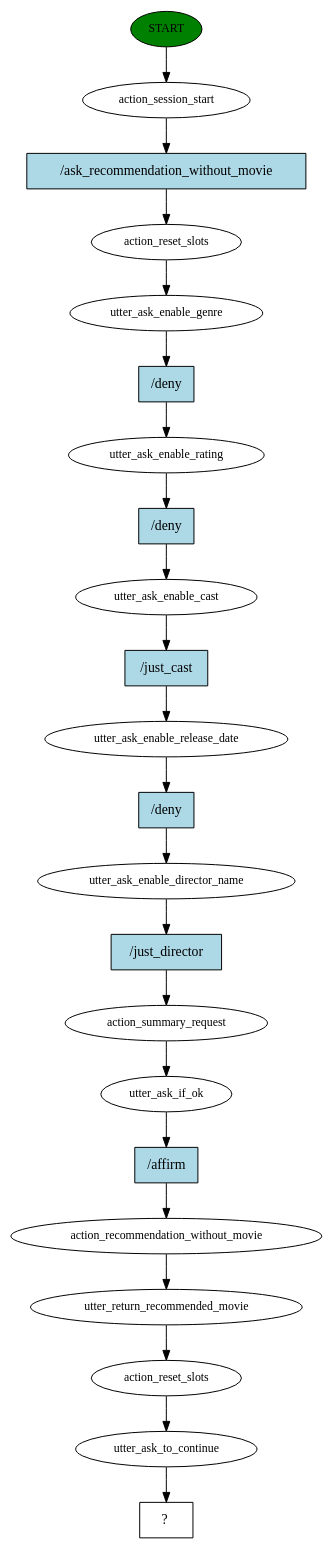
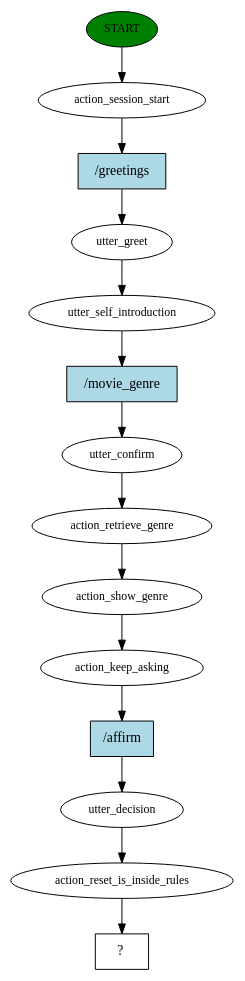
The diagram in story_graph.dot (Bru0x11/Human_Machine_Dialogue-Rasa), drawn with Graphviz before and after one commit. The commit also changed 45 other files, not shown here.

```diff
--- a/story_graph.dot
+++ b/story_graph.dot
@@ -1,45 +1,29 @@
 digraph  {
 0 [class="start active", fillcolor=green, fontsize=12, label=START, style=filled];
 1 [class=active, fontsize=12, label=action_session_start];
-2 [class=active, fontsize=12, label=action_reset_slots];
-3 [class=active, fontsize=12, label=utter_ask_enable_genre];
-4 [class=active, fontsize=12, label=utter_ask_enable_rating];
-5 [class=active, fontsize=12, label=utter_ask_enable_cast];
-6 [class=active, fontsize=12, label=utter_ask_enable_release_date];
-7 [class=active, fontsize=12, label=utter_ask_enable_director_name];
-8 [class=active, fontsize=12, label=action_summary_request];
-9 [class=active, fontsize=12, label=utter_ask_if_ok];
-10 [class=active, fontsize=12, label=action_recommendation_without_movie];
-11 [class=active, fontsize=12, label=utter_return_recommended_movie];
-12 [class=active, fontsize=12, label=action_reset_slots];
-13 [class=active, fontsize=12, label=utter_ask_to_continue];
-14 [class="intent dashed active", label="  ?  ", shape=rect];
-15 [class="intent active", fillcolor=lightblue, label="/ask_recommendation_without_movie", shape=rect, style=filled];
-16 [class="intent active", fillcolor=lightblue, label="/deny", shape=rect, style=filled];
-17 [class="intent active", fillcolor=lightblue, label="/deny", shape=rect, style=filled];
-18 [class="intent active", fillcolor=lightblue, label="/just_cast", shape=rect, style=filled];
-19 [class="intent active", fillcolor=lightblue, label="/deny", shape=rect, style=filled];
-20 [class="intent active", fillcolor=lightblue, label="/just_director", shape=rect, style=filled];
-21 [class="intent active", fillcolor=lightblue, label="/affirm", shape=rect, style=filled];
+2 [class=active, fontsize=12, label=utter_greet];
+3 [class=active, fontsize=12, label=utter_self_introduction];
+4 [class=active, fontsize=12, label=utter_confirm];
+5 [class=active, fontsize=12, label=action_retrieve_genre];
+6 [class=active, fontsize=12, label=action_show_genre];
+7 [class=active, fontsize=12, label=action_keep_asking];
+8 [class=active, fontsize=12, label=utter_decision];
+9 [class=active, fontsize=12, label=action_reset_is_inside_rules];
+10 [class="intent dashed active", label="  ?  ", shape=rect];
+11 [class="intent active", fillcolor=lightblue, label="/greetings", shape=rect, style=filled];
+12 [class="intent active", fillcolor=lightblue, label="/movie_genre", shape=rect, style=filled];
+13 [class="intent active", fillcolor=lightblue, label="/affirm", shape=rect, style=filled];
 0 -> 1  [class=active, key=NONE, label=""];
-1 -> 15  [class=active, key=0];
+1 -> 11  [class=active, key=0];
 2 -> 3  [class=active, key=NONE, label=""];
-3 -> 16  [class=active, key=0];
-4 -> 17  [class=active, key=0];
-5 -> 18  [class=active, key=0];
-6 -> 19  [class=active, key=0];
-7 -> 20  [class=active, key=0];
+3 -> 12  [class=active, key=0];
+4 -> 5  [class=active, key=NONE, label=""];
+5 -> 6  [class=active, key=NONE, label=""];
+6 -> 7  [class=active, key=NONE, label=""];
+7 -> 13  [class=active, key=0];
 8 -> 9  [class=active, key=NONE, label=""];
-9 -> 21  [class=active, key=0];
-10 -> 11  [class=active, key=NONE, label=""];
-11 -> 12  [class=active, key=NONE, label=""];
-12 -> 13  [class=active, key=NONE, label=""];
-13 -> 14  [class=active, key=NONE, label=""];
-15 -> 2  [class=active, key=0];
-16 -> 4  [class=active, key=0];
-17 -> 5  [class=active, key=0];
-18 -> 6  [class=active, key=0];
-19 -> 7  [class=active, key=0];
-20 -> 8  [class=active, key=0];
-21 -> 10  [class=active, key=0];
+9 -> 10  [class=active, key=NONE, label=""];
+11 -> 2  [class=active, key=0];
+12 -> 4  [class=active, key=0];
+13 -> 8  [class=active, key=0];
 }
```
